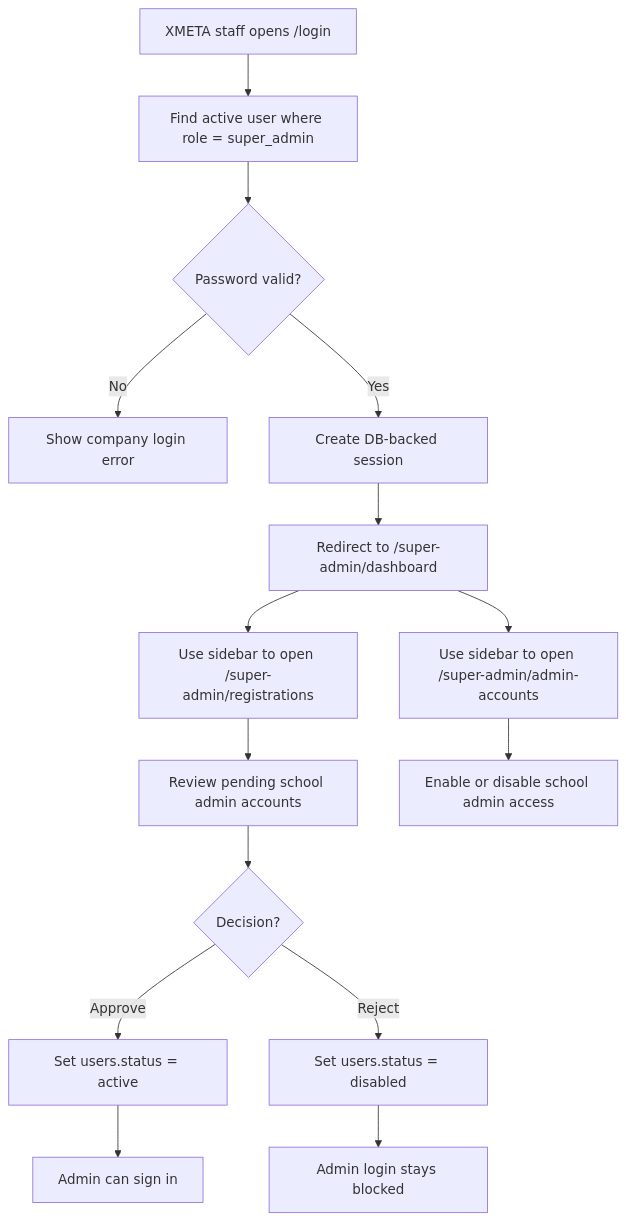
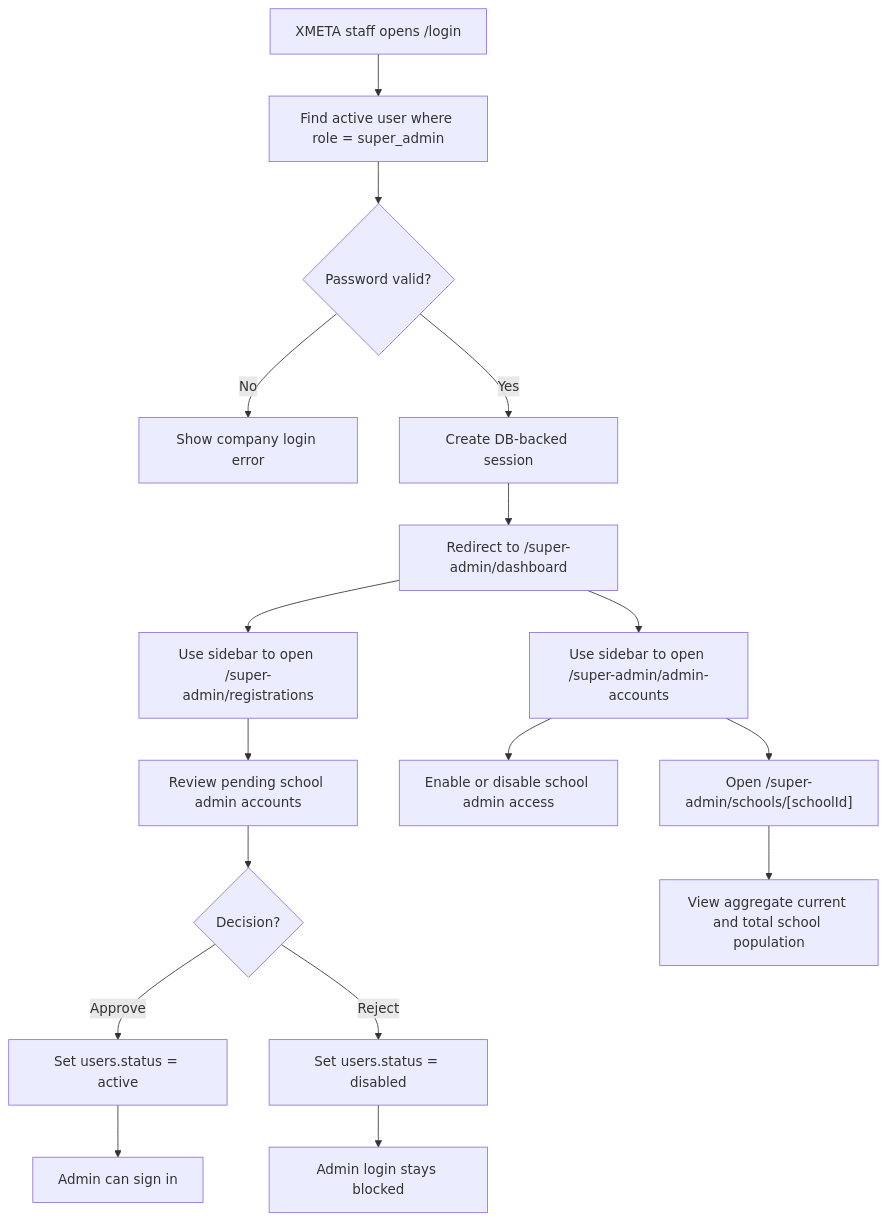
Before and after one commit to Xeyn19/xmetapay: the second of 22 diagrams in docs/PROJECT_FLOWCHARTS.md, drawn with Mermaid. The commit also changed other lines of this file and 13 other files, not shown here.

````diff
--- a/docs/PROJECT_FLOWCHARTS.md
+++ b/docs/PROJECT_FLOWCHARTS.md
@@ -120,17 +120,19 @@
 ```mermaid
 flowchart TD
   A["XMETA staff opens /login"] --> B["Find active user where role = super_admin"]
   B --> C{"Password valid?"}
   C -->|No| D["Show company login error"]
   C -->|Yes| E["Create DB-backed session"]
   E --> F["Redirect to /super-admin/dashboard"]
   F --> G["Use sidebar to open /super-admin/registrations"]
   G --> H["Review pending school admin accounts"]
   H --> I{"Decision?"}
   I -->|Approve| J["Set users.status = active"]
   I -->|Reject| K["Set users.status = disabled"]
   J --> L["Admin can sign in"]
   K --> M["Admin login stays blocked"]
   F --> N["Use sidebar to open /super-admin/admin-accounts"]
   N --> O["Enable or disable school admin access"]
+  N --> P["Open /super-admin/schools/[schoolId]"]
+  P --> Q["View aggregate current and total school population"]
 ```
````
